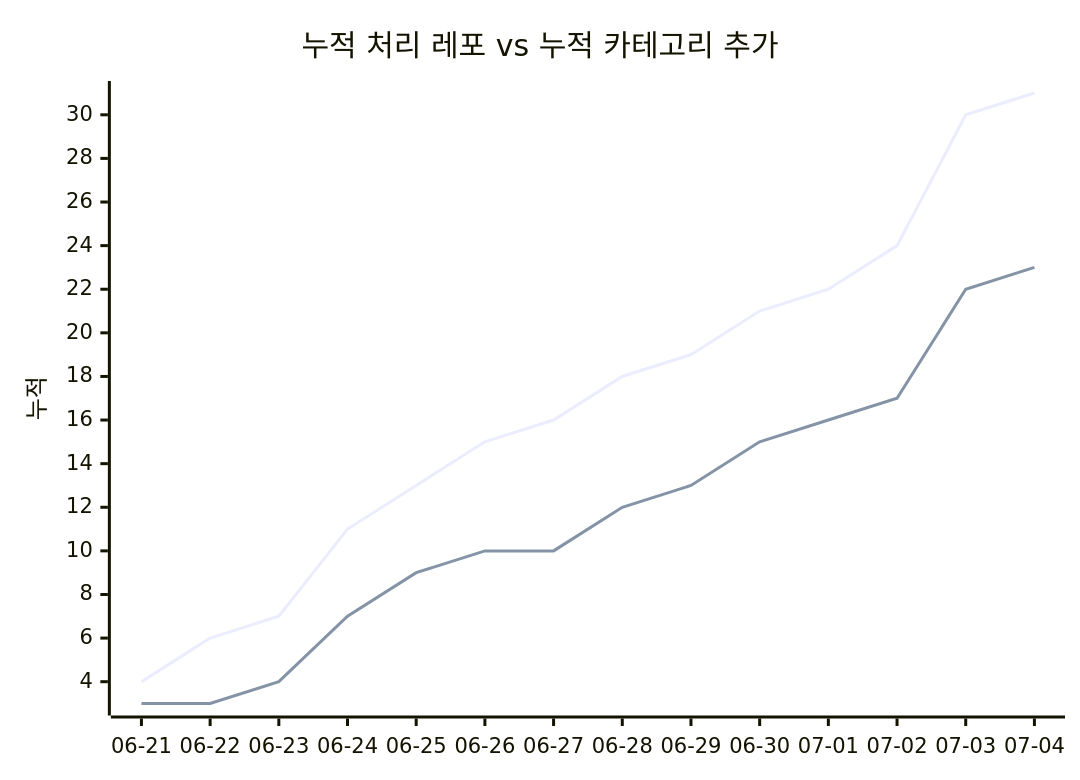
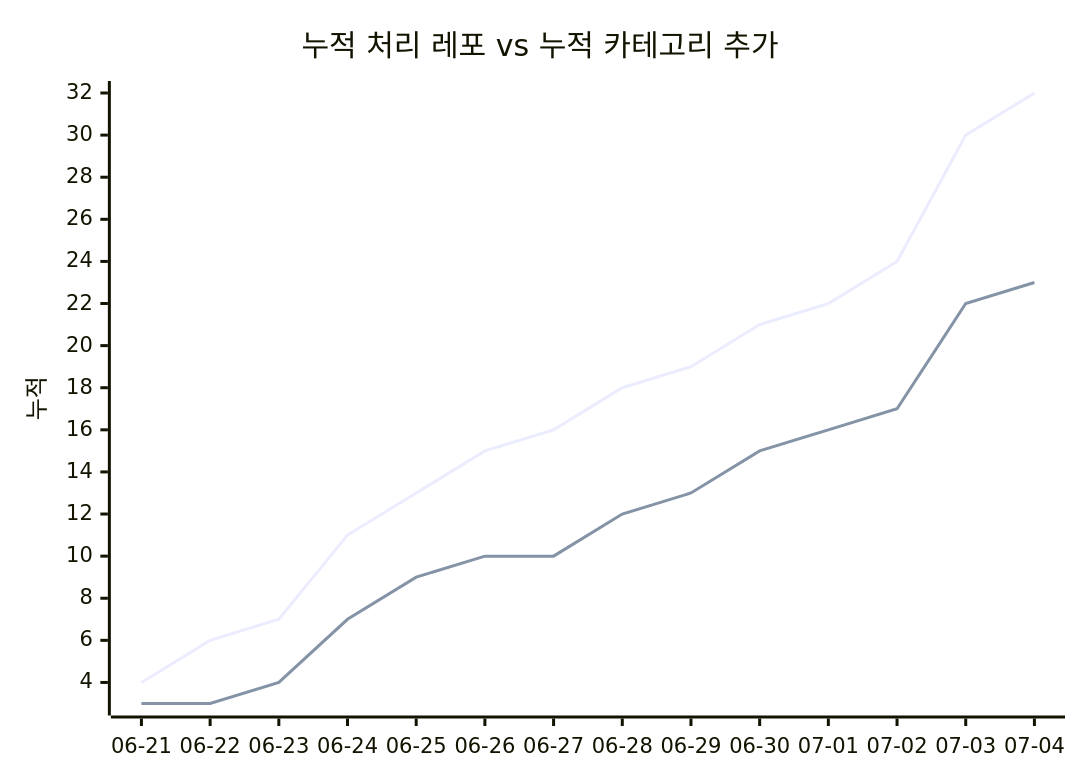
Before and after one commit to J-nowcow/awesome-korean-agent-skills: the second of 2 diagrams in docs/trends.md, drawn with Mermaid. The commit also changed other lines of this file and 2 other files, not shown here.

````diff
--- a/docs/trends.md
+++ b/docs/trends.md
@@ -68,8 +68,8 @@
 ```mermaid
 xychart-beta
     title "누적 처리 레포 vs 누적 카테고리 추가"
     x-axis ["06-21","06-22","06-23","06-24","06-25","06-26","06-27","06-28","06-29","06-30","07-01","07-02","07-03","07-04"]
     y-axis "누적"
-    line [4,6,7,11,13,15,16,18,19,21,22,24,30,31]
+    line [4,6,7,11,13,15,16,18,19,21,22,24,30,32]
     line [3,3,4,7,9,10,10,12,13,15,16,17,22,23]
 ```
````
